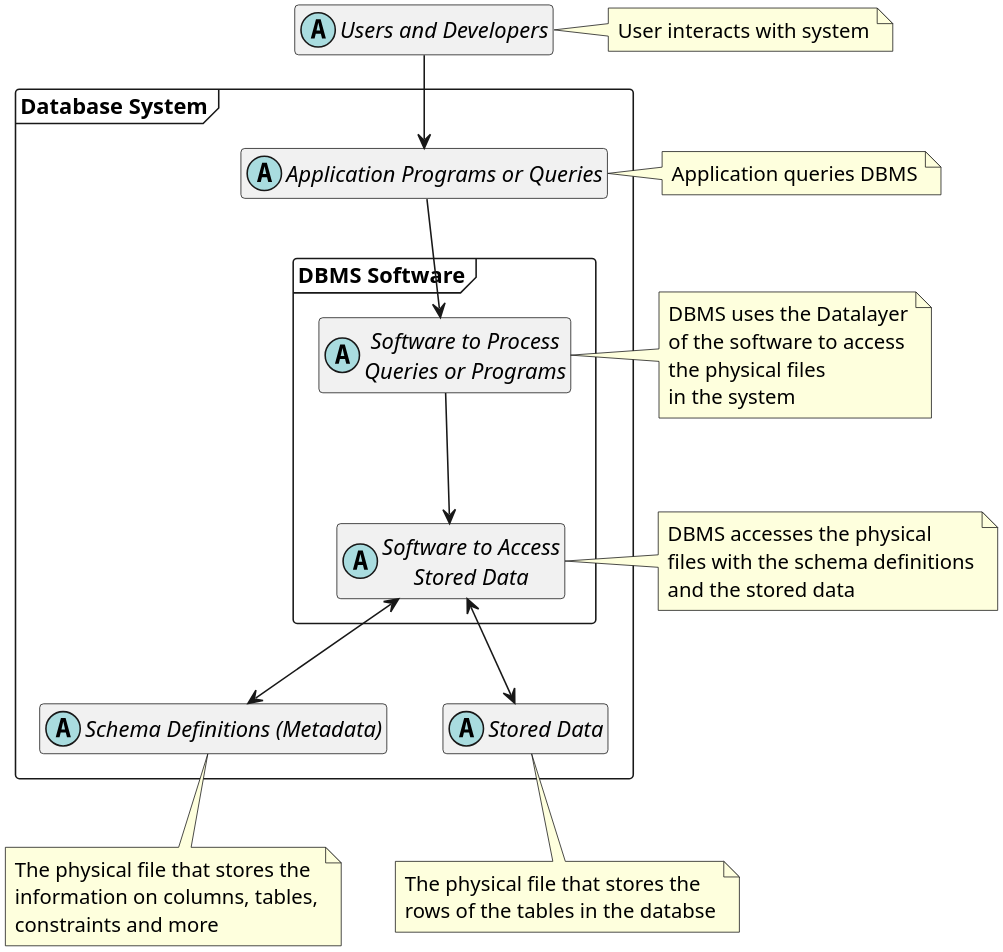
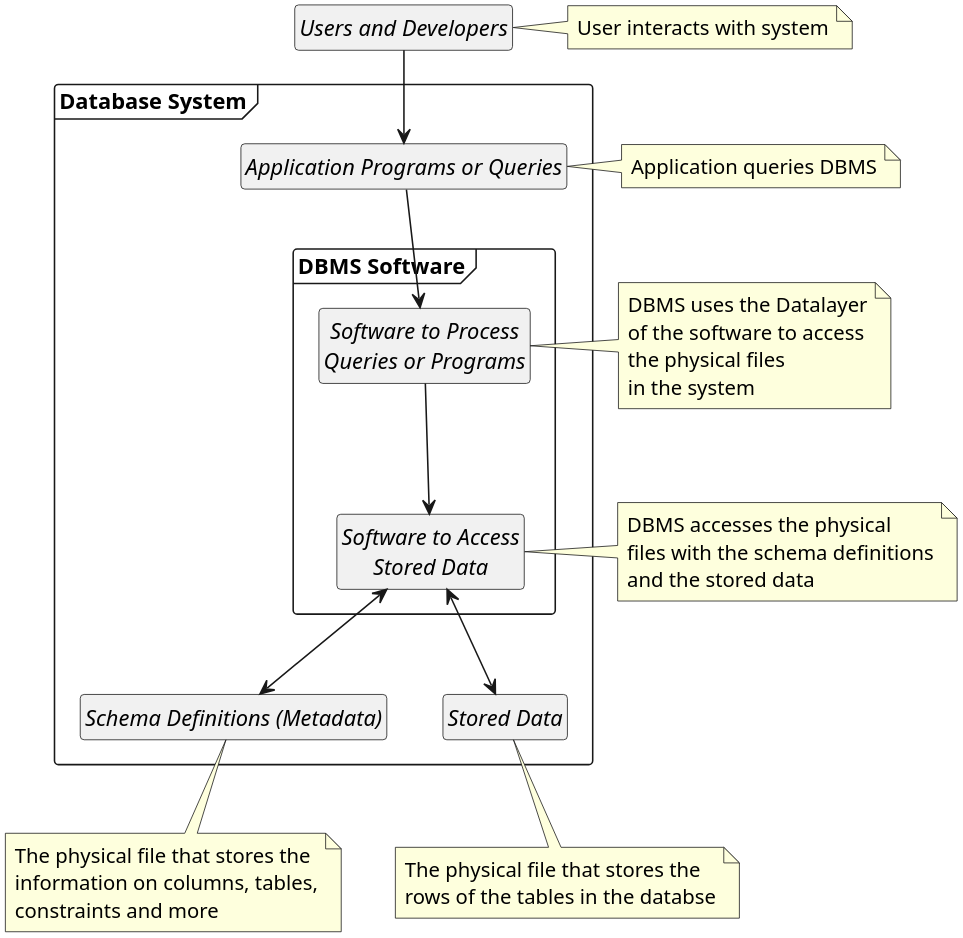
Before and after one commit to jakobhviid/DataManagementBook: the diagram in content/1-relational-databases/figures/1.dbms-definitions.plantuml, drawn with PlantUML. The commit also changed 4 other files, not shown here.

```diff
--- a/content/1-relational-databases/figures/1.dbms-definitions.plantuml
+++ b/content/1-relational-databases/figures/1.dbms-definitions.plantuml
@@ -1,37 +1,37 @@
 @startuml
 '### Parameters ###
 scale 3
 hide empty methods
 hide empty fields
-'hide circle
+hide circle
 
 '### Objects ###
 abstract "Users and Developers" as Users
 package "Database System" <<Frame>> {
     abstract "Application Programs or Queries" as Queries
     
     package "DBMS Software" <<Frame>>{
         abstract "Software to Process\nQueries or Programs" as Process
         abstract "Software to Access\nStored Data" as AccessStoredData
     }
 
     abstract "Schema Definitions (Metadata)" as Schema
     abstract "Stored Data" as Data
 }
 
 '### Relationsips ###
 Users --> Queries
 Queries --> Process
 Process --> AccessStoredData
 AccessStoredData <--> Data
 AccessStoredData <--> Schema
 
 '### Notes ###
 note right of Users :User interacts with system
 note right of Queries : Application queries DBMS
 note right of Process : DBMS uses the Datalayer\nof the software to access\nthe physical files\nin the system
 note right of AccessStoredData : DBMS accesses the physical\nfiles with the schema definitions\nand the stored data
 note bottom of Data : The physical file that stores the\nrows of the tables in the databse
 note bottom of Schema : The physical file that stores the\ninformation on columns, tables,\nconstraints and more
 
 @enduml
```
